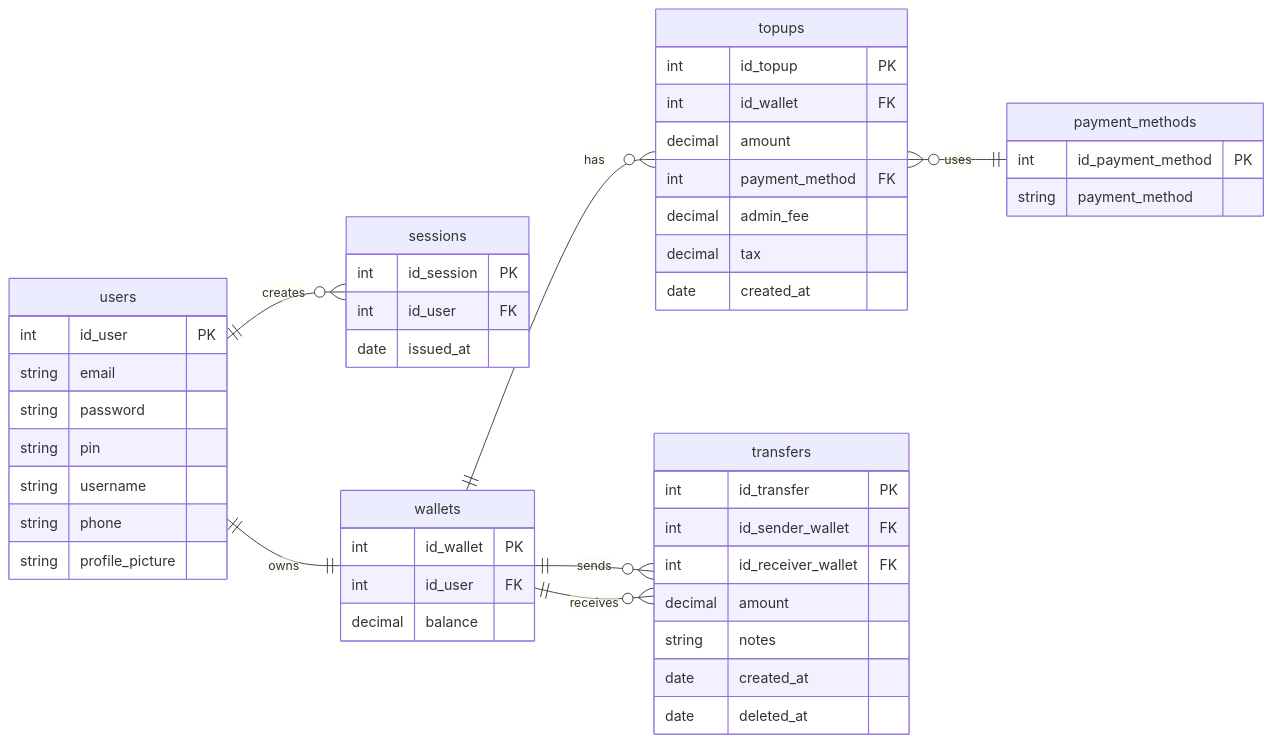
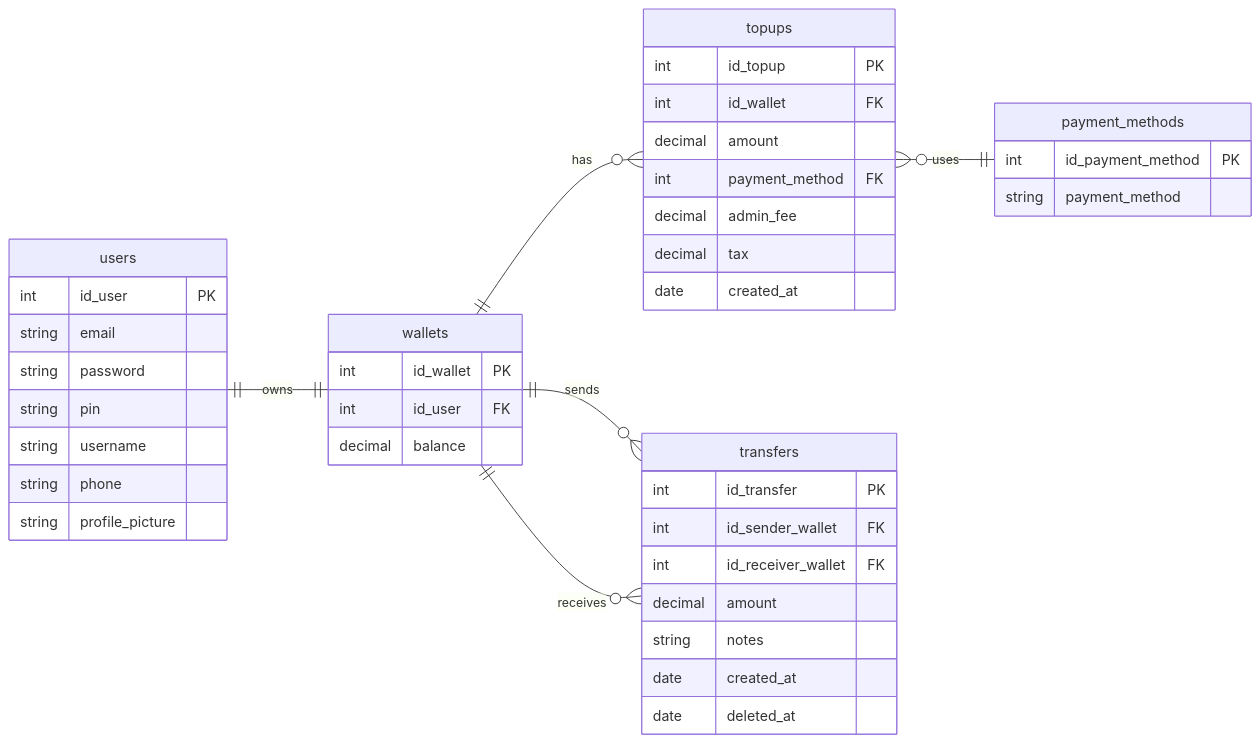
The diagram in README.md (ranandasatria/fgo24-be-weeklytask), drawn with Mermaid before and after one commit. The commit also changed other lines of this file, not shown here.

Commit message:
docs: delete sessions entity on erd and add a new row on api endpoints table

````diff
--- a/README.md
+++ b/README.md
@@ -27,59 +27,53 @@
 ```mermaid
 erDiagram
 direction LR
 
-  users ||--o{ sessions : creates
   users ||--|| wallets : owns
   wallets ||--o{ topups : has
   topups }o--|| payment_methods : uses
   wallets ||--o{ transfers : sends
   wallets ||--o{ transfers : receives
 
   users {
         int id_user PK 
         string email
         string password
         string pin
         string username 
         string phone
         string profile_picture
     }
 
-  sessions {
-      int id_session PK
-      int id_user FK
-      date issued_at 
-  }
 
   wallets {
       int id_wallet PK
       int id_user FK
       decimal balance
   }
 
   topups {
     int id_topup PK
     int id_wallet FK
     decimal amount
     int payment_method FK
     decimal admin_fee
     decimal tax
     date created_at
   }
 
   payment_methods{
     int id_payment_method PK
     string payment_method
   }
 
   transfers {
     int id_transfer PK
     int id_sender_wallet FK
     int id_receiver_wallet FK
     decimal amount
     string notes
     date created_at
     date deleted_at
   }
 
 ```
````
